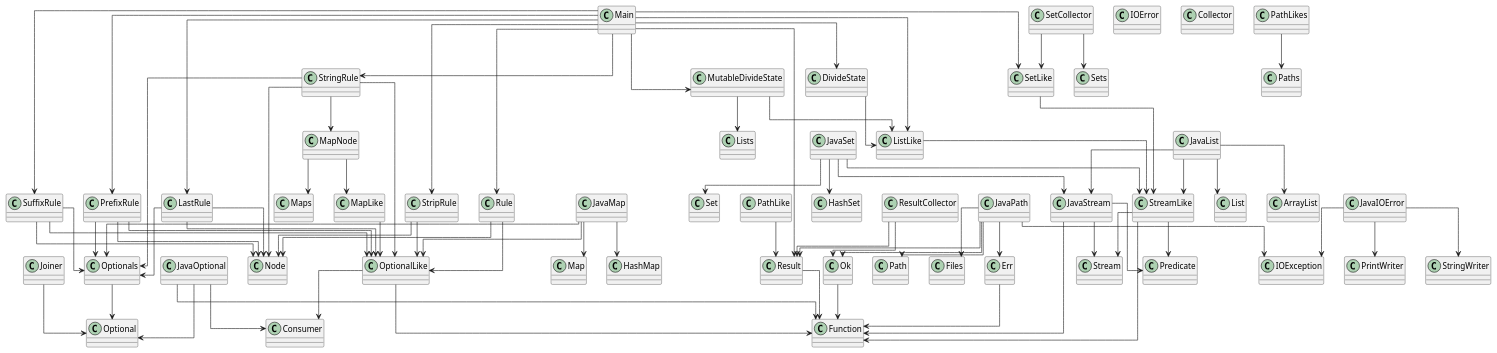
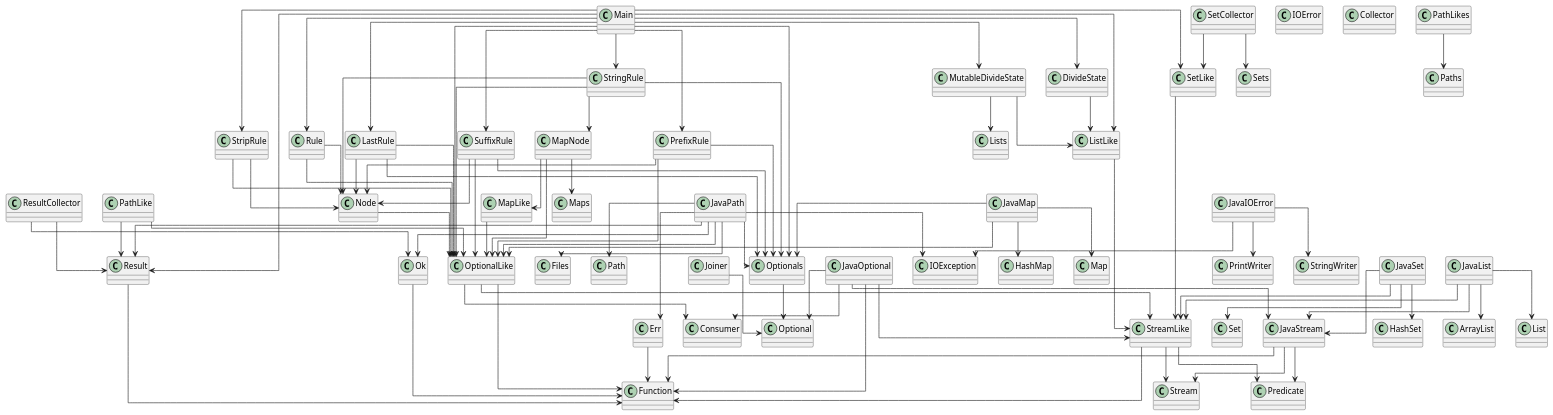
One commit to SirMathhman/Magma changed the diagram in diagram.puml. Above: the diagram before and after it, drawn with PlantUML. The commit also changed 16 other files, not shown here.

```diff
--- a/diagram.puml
+++ b/diagram.puml
@@ -1,120 +1,130 @@
 @startuml
 skinparam linetype ortho
+class JavaOptional
+JavaOptional --> JavaStream
+JavaOptional --> StreamLike
+JavaOptional --> Optional
+JavaOptional --> Consumer
+JavaOptional --> Function
+class OptionalLike
+OptionalLike --> StreamLike
+OptionalLike --> Consumer
+OptionalLike --> Function
 class PrefixRule
 PrefixRule --> Node
 PrefixRule --> OptionalLike
 PrefixRule --> Optionals
 class StripRule
 StripRule --> Node
 StripRule --> OptionalLike
 class JavaIOError
 JavaIOError --> IOException
 JavaIOError --> PrintWriter
 JavaIOError --> StringWriter
 class StringRule
 StringRule --> MapNode
 StringRule --> Node
 StringRule --> OptionalLike
 StringRule --> Optionals
 class StreamLike
 StreamLike --> Function
 StreamLike --> Predicate
 StreamLike --> Stream
 class PathLike
+PathLike --> OptionalLike
 PathLike --> Result
 class Maps
 class Joiner
 Joiner --> Optional
 class IOError
 class JavaPath
+JavaPath --> OptionalLike
+JavaPath --> Optionals
 JavaPath --> Err
 JavaPath --> Ok
 JavaPath --> Result
 JavaPath --> IOException
 JavaPath --> Files
 JavaPath --> Path
 class Node
+Node --> OptionalLike
 class SuffixRule
 SuffixRule --> Node
 SuffixRule --> OptionalLike
 SuffixRule --> Optionals
 class Collector
-class OptionalLike
-OptionalLike --> Consumer
-OptionalLike --> Function
 class ResultCollector
 ResultCollector --> Ok
 ResultCollector --> Result
 class DivideState
 DivideState --> ListLike
 class SetLike
 SetLike --> StreamLike
 class Sets
 class JavaStream
 JavaStream --> Function
 JavaStream --> Predicate
 JavaStream --> Stream
 class LastRule
 LastRule --> Node
 LastRule --> OptionalLike
 LastRule --> Optionals
 class Result
 Result --> Function
 class JavaSet
 JavaSet --> JavaStream
 JavaSet --> StreamLike
 JavaSet --> HashSet
 JavaSet --> Set
 class Err
 Err --> Function
 class JavaMap
 JavaMap --> OptionalLike
 JavaMap --> Optionals
 JavaMap --> HashMap
 JavaMap --> Map
 class SetCollector
 SetCollector --> SetLike
 SetCollector --> Sets
 class ListLike
 ListLike --> StreamLike
 class JavaList
 JavaList --> JavaStream
 JavaList --> StreamLike
 JavaList --> ArrayList
 JavaList --> List
 class MapNode
 MapNode --> MapLike
 MapNode --> Maps
+MapNode --> OptionalLike
 class MapLike
 MapLike --> OptionalLike
 class PathLikes
 PathLikes --> Paths
 class Rule
 Rule --> Node
 Rule --> OptionalLike
 class Main
 Main --> DivideState
 Main --> MutableDivideState
 Main --> ListLike
+Main --> OptionalLike
+Main --> Optionals
 Main --> Result
 Main --> LastRule
 Main --> PrefixRule
 Main --> Rule
 Main --> StringRule
 Main --> StripRule
 Main --> SuffixRule
 Main --> SetLike
 class MutableDivideState
 MutableDivideState --> ListLike
 MutableDivideState --> Lists
 class Optionals
 Optionals --> Optional
 class Lists
 class Ok
 Ok --> Function
-class JavaOptional
-JavaOptional --> Optional
-JavaOptional --> Consumer
-JavaOptional --> Function
 
 @enduml
```
